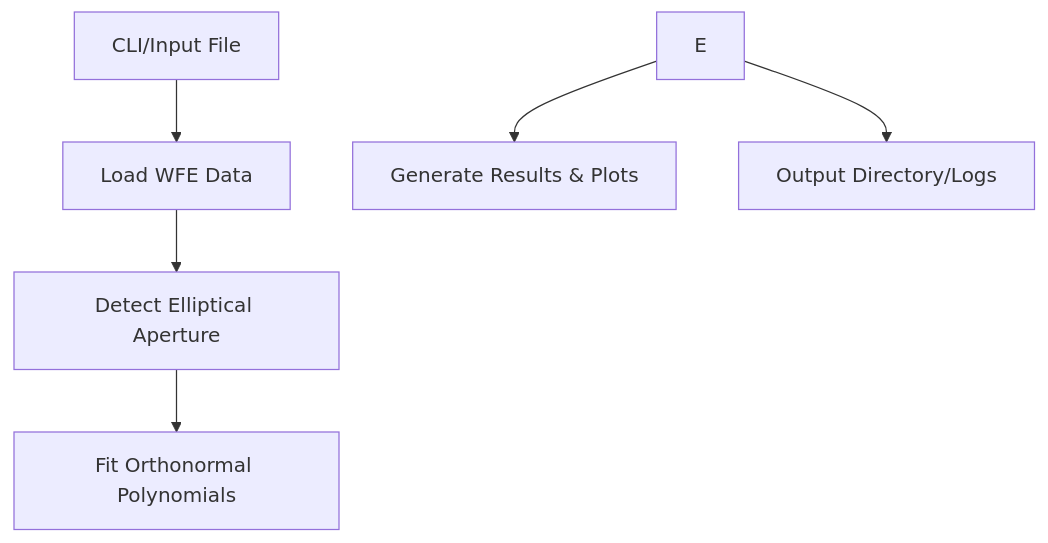
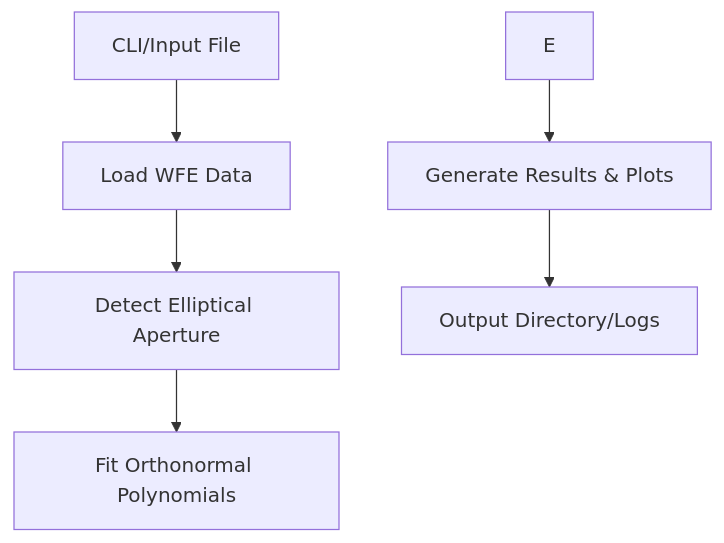
One commit to arielmission-space/STOP-utils changed the diagram in README.md. Above: the diagram before and after it, drawn with Mermaid.

Commit message:
small fix in mermaid diagram

````diff
--- a/README.md
+++ b/README.md
@@ -292,8 +292,8 @@
    ```mermaid
    graph TD
       A[CLI/Input File] --> B[Load WFE Data]
       B --> C[Detect Elliptical Aperture]
       C --> D[Fit Orthonormal Polynomials]
       E --> F[Generate Results & Plots]
-      E --> G[Output Directory/Logs]
+      F --> G[Output Directory/Logs]
    ```
````
